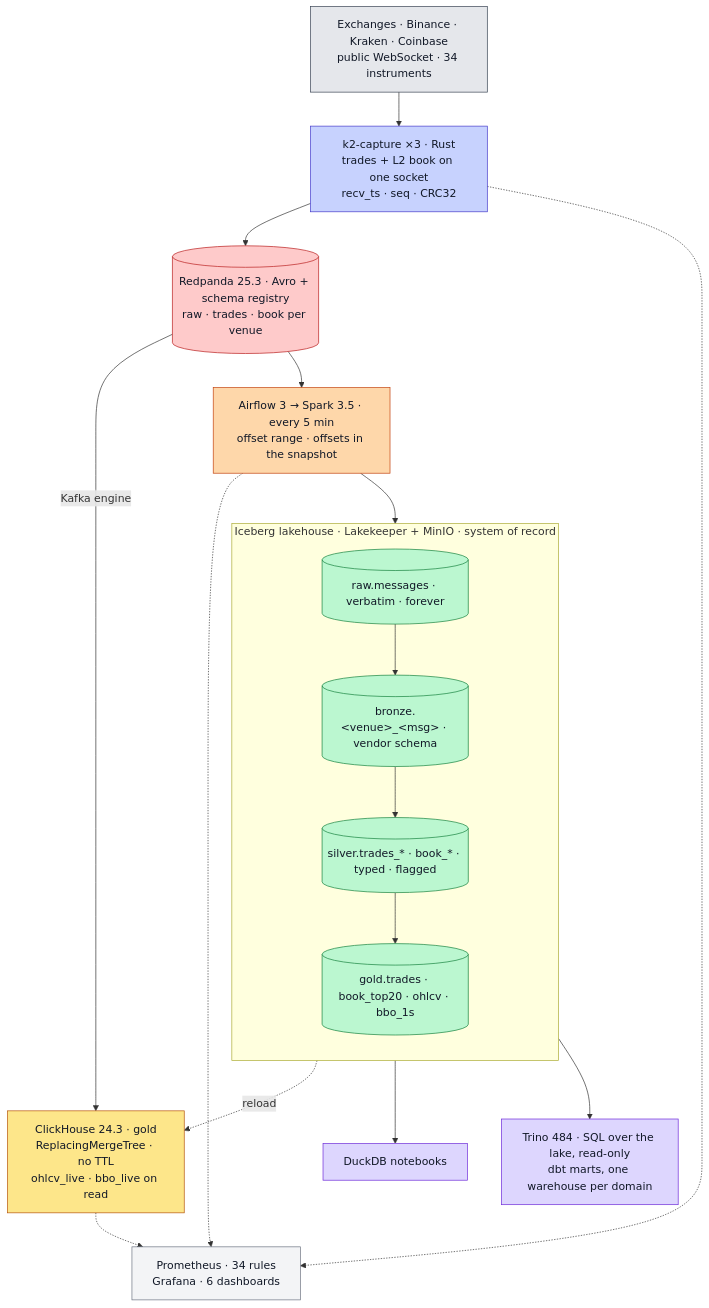
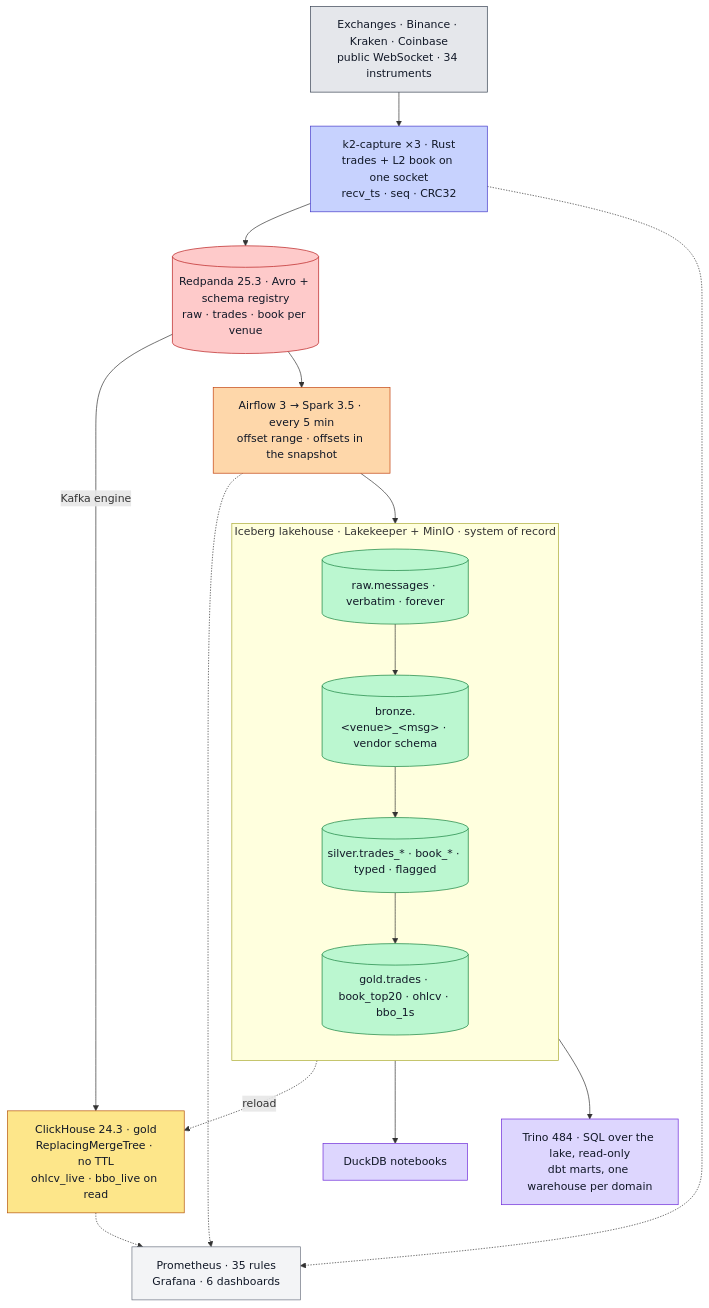
Before and after one commit to rjdscott/k2-market-data-platform: the diagram in README.md, drawn with Mermaid. The commit also changed other lines of this file and 15 other files, not shown here.

````diff
--- a/README.md
+++ b/README.md
@@ -56,36 +56,36 @@
 ```mermaid
 flowchart TB
   E["Exchanges · Binance · Kraken · Coinbase<br/>public WebSocket · 34 instruments"]:::ex
   F["k2-capture ×3 · Rust<br/>trades + L2 book on one socket<br/>recv_ts · seq · CRC32"]:::rs
   R[("Redpanda 25.3 · Avro + schema registry<br/>raw · trades · book per venue")]:::rp
   C["ClickHouse 24.3 · gold<br/>ReplacingMergeTree · no TTL<br/>ohlcv_live · bbo_live on read"]:::ch
   S["Airflow 3 → Spark 3.5 · every 5 min<br/>offset range · offsets in the snapshot"]:::sp
   subgraph L["Iceberg lakehouse · Lakekeeper + MinIO · system of record"]
     direction TB
     RAW[("raw.messages · verbatim · forever")]:::lk
     BR[("bronze.&lt;venue&gt;_&lt;msg&gt; · vendor schema")]:::lk
     SV[("silver.trades_* · book_* · typed · flagged")]:::lk
     GD[("gold.trades · book_top20 · ohlcv · bbo_1s")]:::lk
     RAW --> BR --> SV --> GD
   end
   N["DuckDB notebooks"]:::nb
   T["Trino 484 · SQL over the lake, read-only<br/>dbt marts, one warehouse per domain"]:::nb
-  O["Prometheus · 34 rules<br/>Grafana · 6 dashboards"]:::ob
+  O["Prometheus · 35 rules<br/>Grafana · 6 dashboards"]:::ob
 
   E --> F --> R
   R -->|Kafka engine| C
   R --> S --> RAW
   GD -.->|reload| C
   GD --> N
   L --> T
   F & S & C -.-> O
 
   classDef ex fill:#e5e7eb,stroke:#374151,color:#111827
   classDef rs fill:#c7d2fe,stroke:#4338ca,color:#111827
   classDef rp fill:#fecaca,stroke:#b91c1c,color:#111827
   classDef lk fill:#bbf7d0,stroke:#15803d,color:#111827
   classDef sp fill:#fed7aa,stroke:#c2410c,color:#111827
   classDef ch fill:#fde68a,stroke:#b45309,color:#111827
   classDef nb fill:#ddd6fe,stroke:#6d28d9,color:#111827
   classDef ob fill:#f3f4f6,stroke:#6b7280,color:#111827
 ```
````
